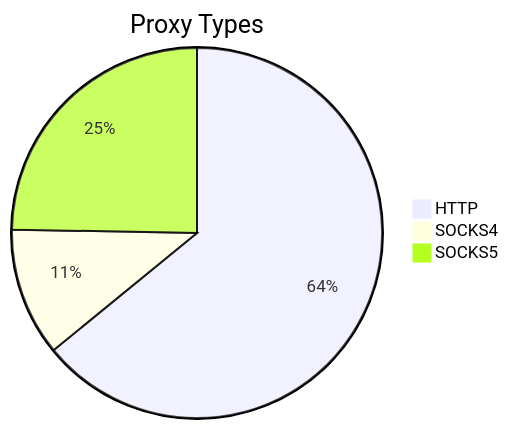
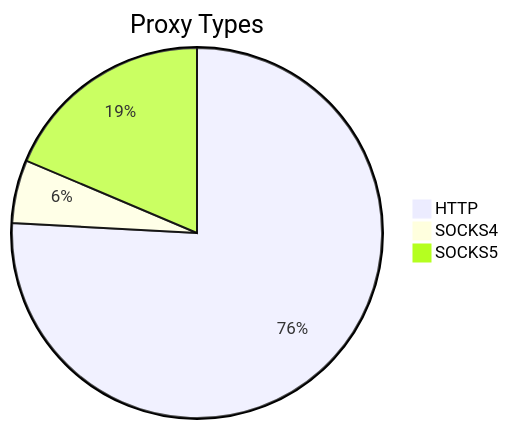
The first of 2 diagrams in README.md (stormsia/proxy-list), drawn with Mermaid before and after one commit. The commit also changed other lines of this file, not shown here.

````diff
--- a/README.md
+++ b/README.md
@@ -21,6 +21,6 @@
 ```mermaid
 pie title Proxy Types
-    "HTTP" : 166
-    "SOCKS4" : 29
-    "SOCKS5" : 64
+    "HTTP" : 110
+    "SOCKS4" : 8
+    "SOCKS5" : 27
 ```
````
